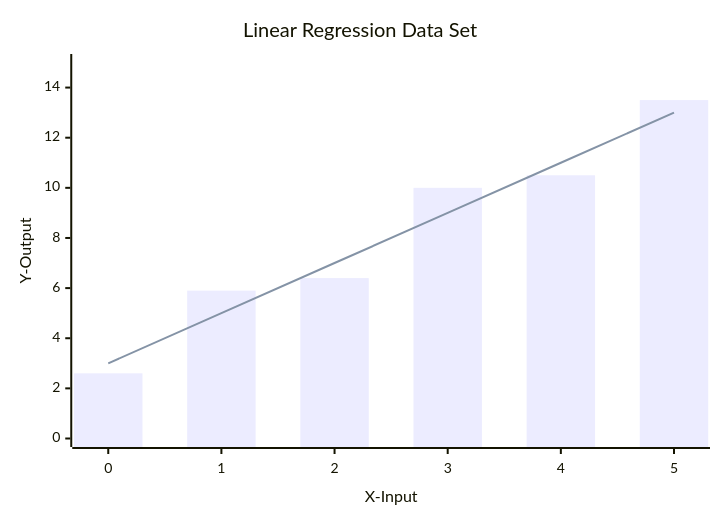
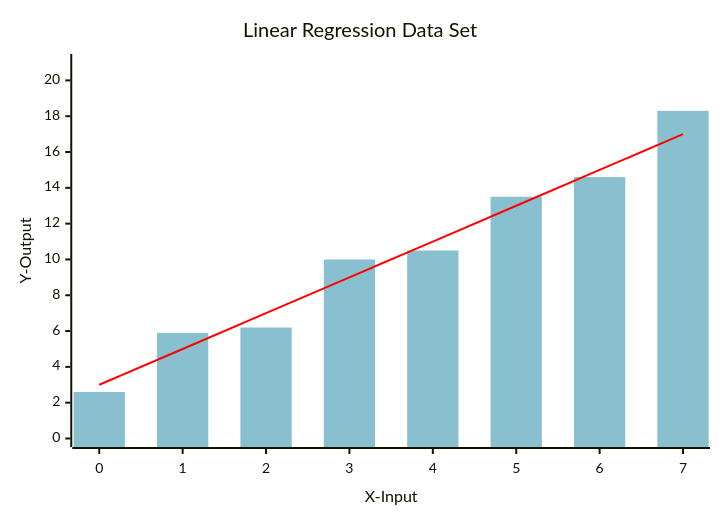
One commit to Palash90/build-your-own-nn changed the second of 2 diagrams in README.md. Above: the diagram before and after it, drawn with Mermaid. The commit also changed other lines of this file and 3 other files, not shown here.

````diff
--- a/README.md
+++ b/README.md
@@ -1364,9 +1364,15 @@
 ```mermaid
+---
+config:
+  themeVariables:
+    xyChart:
+      plotColorPalette: '#88C0D0, #FF0000'
+      showDataLabel: true
+---
 xychart-beta
     title "Linear Regression Data Set"
-    x-axis "X-Input" [0, 1, 2, 3, 4, 5]
-    y-axis "Y-Output" 0 --> 15
-    bar [2.6, 5.9, 6.4, 10, 10.5, 13.5]
-    %% Red Line %%
-    line [3, 5, 7, 9, 11, 13]
+    x-axis "X-Input" [0, 1, 2, 3, 4, 5, 6, 7]
+    y-axis "Y-Output" 0 --> 21
+    bar [2.6, 5.9, 6.2, 10, 10.5, 13.5, 14.6, 18.3]
+    line [3, 5, 7, 9, 11, 13, 15, 17]
 ```
````
